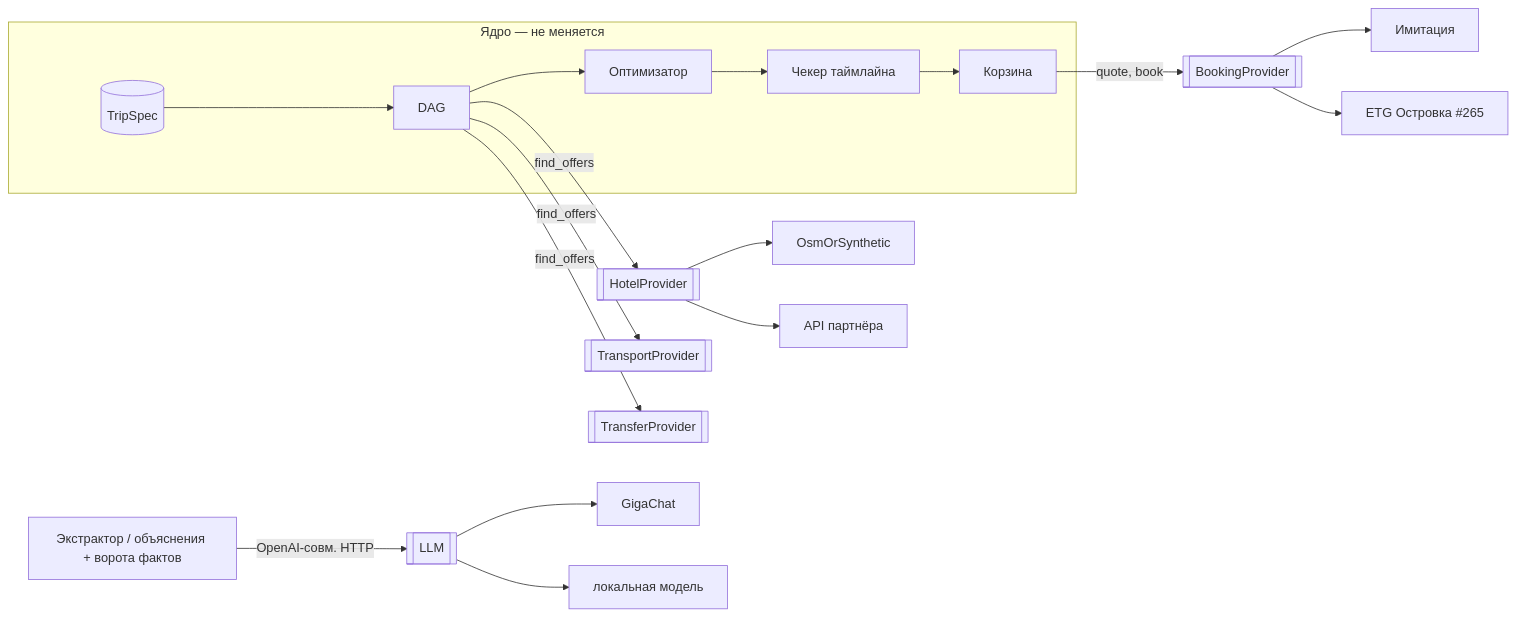
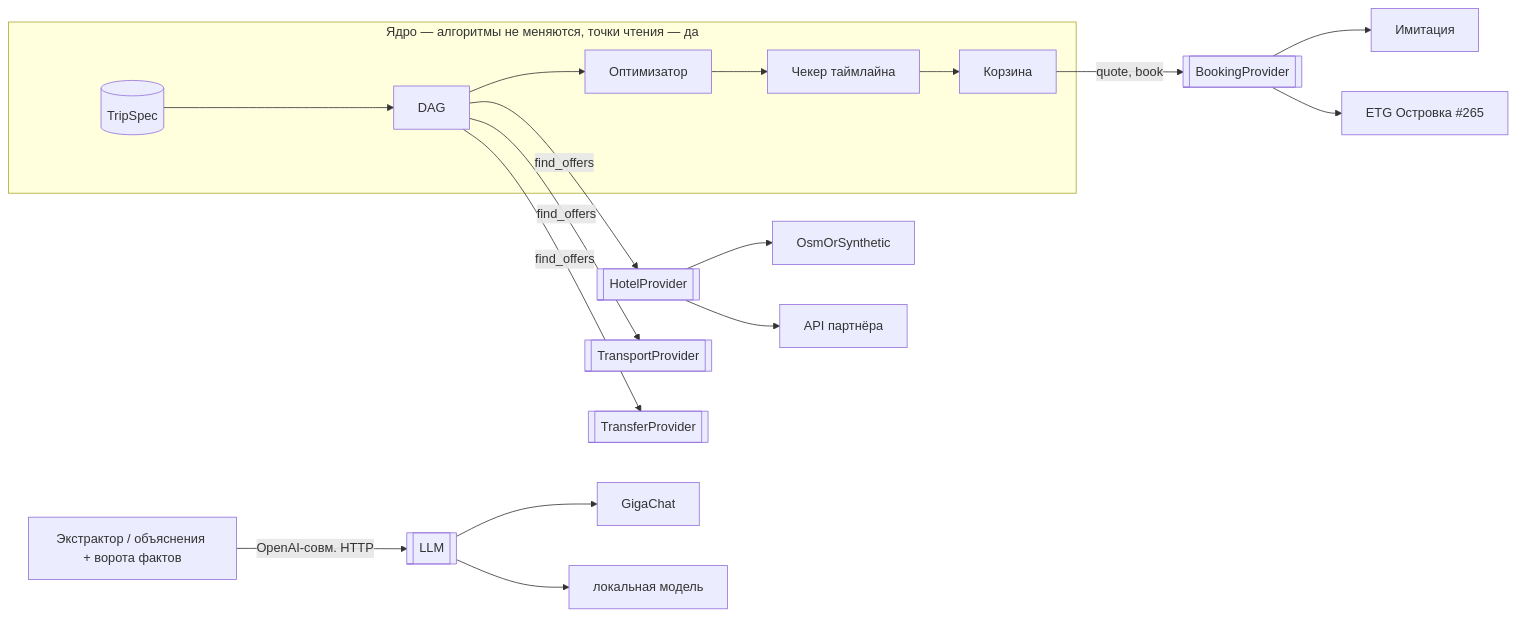
The diagram in docs/adr/ADR-0002-porty-i-adaptery.md (Ivana-banana/Ostrovok), drawn with Mermaid before and after one commit. The commit also changed other lines of this file and 1 other file, not shown here.

````diff
--- a/docs/adr/ADR-0002-porty-i-adaptery.md
+++ b/docs/adr/ADR-0002-porty-i-adaptery.md
@@ -27,12 +37,12 @@
 ```mermaid
 flowchart LR
-  subgraph Ядро [Ядро — не меняется]
+  subgraph Ядро [Ядро — алгоритмы не меняются, точки чтения — да]
     SPEC[(TripSpec)] --> DAG[DAG] --> OPT[Оптимизатор] --> TL[Чекер таймлайна] --> CART[Корзина]
   end
   DAG -- find_offers --> HP[[HotelProvider]] & TP[[TransportProvider]] & XP[[TransferProvider]]
   CART -- quote, book --> BP[[BookingProvider]]
   X[Экстрактор / объяснения + ворота фактов] -- OpenAI-совм. HTTP --> LP[[LLM]]
   HP --> A1[OsmOrSynthetic] & A3[API партнёра]
   BP --> B1[Имитация] & B2[ETG Островка #265]
   LP --> L1[GigaChat] & L2[локальная модель]
 ```
````
